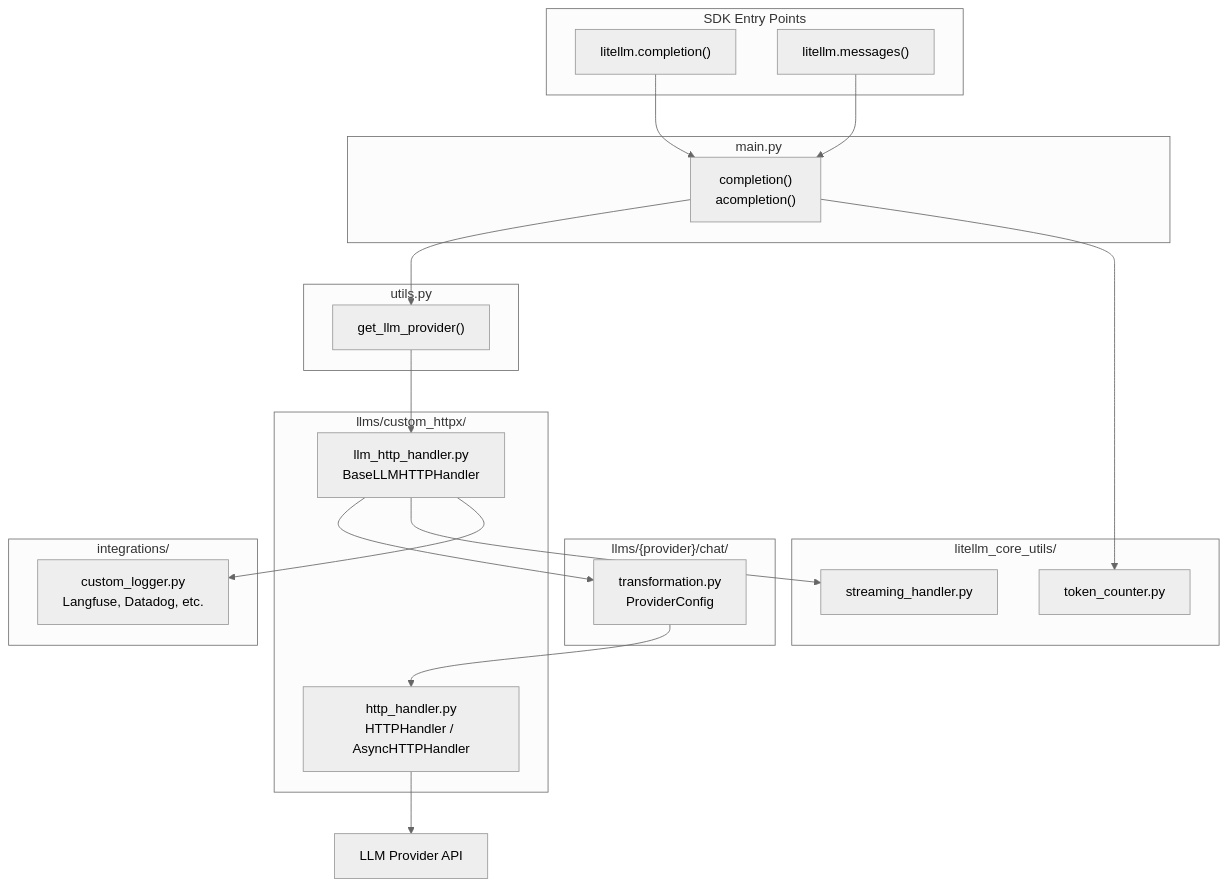
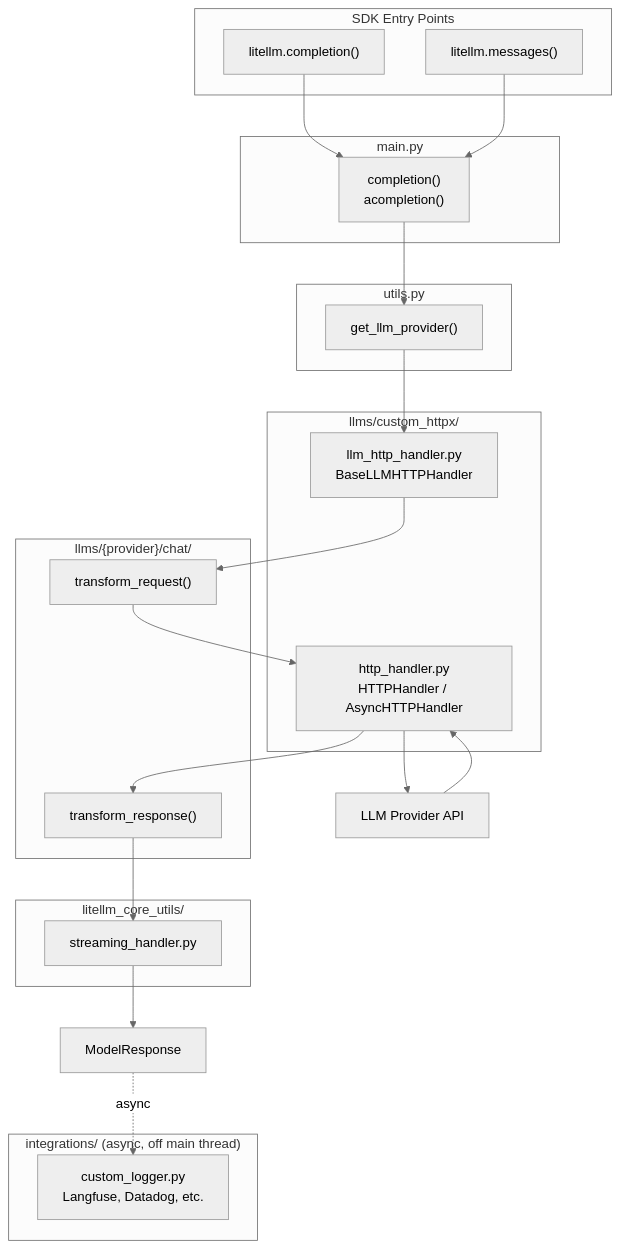
Before and after one commit to BerriAI/litellm: the third of 3 diagrams in ARCHITECTURE.md, drawn with Mermaid (neutral theme).

Commit message:
add SDK level fixes

````diff
--- a/ARCHITECTURE.md
+++ b/ARCHITECTURE.md
@@ -70,44 +70,46 @@
 ```mermaid
 graph TD
     subgraph "SDK Entry Points"
         Completion["litellm.completion()"]
         Messages["litellm.messages()"]
     end
 
     subgraph "main.py"
         Main["completion()<br/>acompletion()"]
     end
 
     subgraph "utils.py"
         GetProvider["get_llm_provider()"]
     end
 
     subgraph "llms/custom_httpx/"
         Handler["llm_http_handler.py<br/>BaseLLMHTTPHandler"]
         HTTP["http_handler.py<br/>HTTPHandler / AsyncHTTPHandler"]
     end
 
     subgraph "llms/{provider}/chat/"
-        Transform["transformation.py<br/>ProviderConfig"]
+        TransformReq["transform_request()"]
+        TransformResp["transform_response()"]
     end
 
     subgraph "litellm_core_utils/"
         Streaming["streaming_handler.py"]
-        TokenCounter["token_counter.py"]
     end
 
-    subgraph "integrations/"
+    subgraph "integrations/ (async, off main thread)"
         Callbacks["custom_logger.py<br/>Langfuse, Datadog, etc."]
     end
 
     Completion --> Main
     Messages --> Main
     Main --> GetProvider
     GetProvider --> Handler
-    Handler --> Transform
-    Transform --> HTTP
+    Handler --> TransformReq
+    TransformReq --> HTTP
     HTTP --> Provider["LLM Provider API"]
-    Handler --> Streaming
-    Handler --> Callbacks
-    Main --> TokenCounter
+    Provider --> HTTP
+    HTTP --> TransformResp
+    TransformResp --> Streaming
+    Streaming --> Response["ModelResponse"]
+    Response -.->|async| Callbacks
 ```
````
